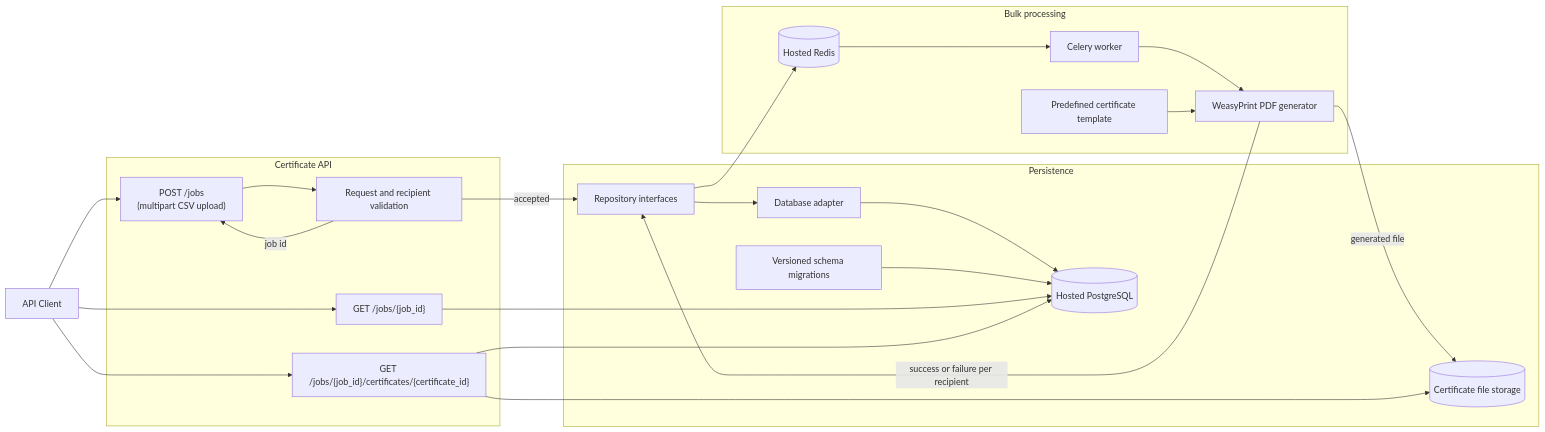
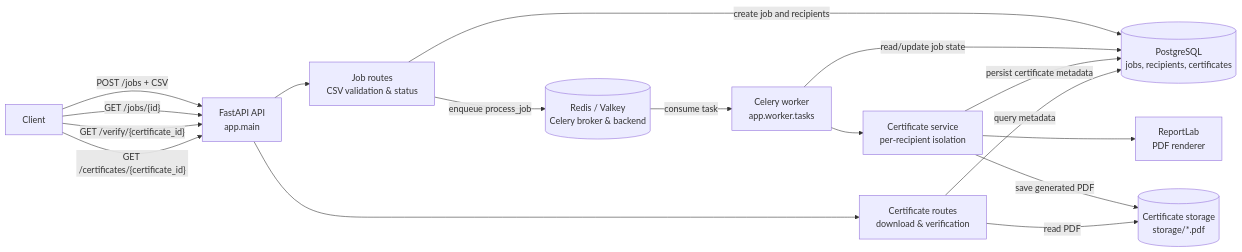
The diagram in README.md (PushpakKumar12a/Bulk-Certificate-Generator), drawn with Mermaid before and after one commit. The commit also changed other lines of this file and 37 other files, not shown here.

First line of the commit message:
feat(generator): enhance bulk PDF generation, templates, and local execution

````diff
--- a/README.md
+++ b/README.md
@@ -313,47 +7,30 @@
 ```mermaid
-flowchart LR
-    Client[API Client]
+graph LR
+    client[Client]
+    api[FastAPI API<br/>app.main]
+    jobs[Job routes<br/>CSV validation & status]
+    certs[Certificate routes<br/>download & verification]
+    db[(PostgreSQL<br/>jobs, recipients, certificates)]
+    broker[(Redis / Valkey<br/>Celery broker & backend)]
+    worker[Celery worker<br/>app.worker.tasks]
+    service[Certificate service<br/>per-recipient isolation]
+    pdf[ReportLab<br/>PDF renderer]
+    storage[(Certificate storage<br/>storage/*.pdf)]
 
-    subgraph API[Certificate API]
-        Create["POST /jobs<br/>(multipart CSV upload)"]
-        Status["GET /jobs/{job_id}"]
-        Download["GET /jobs/{job_id}/certificates/{certificate_id}"]
-        Validate[Request and recipient validation]
-    end
-
-    subgraph Processing[Bulk processing]
-        Queue[(Hosted Redis)]
-        Worker[Celery worker]
-        Template[Predefined certificate template]
-        Generator[WeasyPrint PDF generator]
-    end
-
-    subgraph Persistence[Persistence]
-        Repository[Repository interfaces]
-        Adapter[Database adapter]
-        DB[(Hosted PostgreSQL)]
-        Migrations[Versioned schema migrations]
-        Files[(Certificate file storage)]
-    end
-
-    Client --> Create
-    Client --> Status
-    Client --> Download
-
-    Create --> Validate
-    Validate -->|accepted| Repository
-    Validate -->|job id| Create
-    Repository --> Adapter
-    Adapter --> DB
-    Migrations --> DB
-    Repository --> Queue
-    Queue --> Worker
-    Worker --> Generator
-    Template --> Generator
-    Generator -->|success or failure per recipient| Repository
-    Generator -->|generated file| Files
-
-    Status --> DB
-    Download --> DB
-    Download --> Files
+    client -->|"POST /jobs + CSV"| api
+    api --> jobs
+    api --> certs
+    jobs -->|"create job and recipients"| db
+    jobs -->|"enqueue process_job"| broker
+    broker -->|"consume task"| worker
+    worker -->|"read/update job state"| db
+    worker --> service
+    service --> pdf
+    service -->|"save generated PDF"| storage
+    service -->|"persist certificate metadata"| db
+    client -->|"GET /jobs/{id}"| api
+    client -->|"GET /verify/{certificate_id}"| api
+    client -->|"GET /certificates/{certificate_id}"| api
+    certs -->|"query metadata"| db
+    certs -->|"read PDF"| storage
 ```
````
